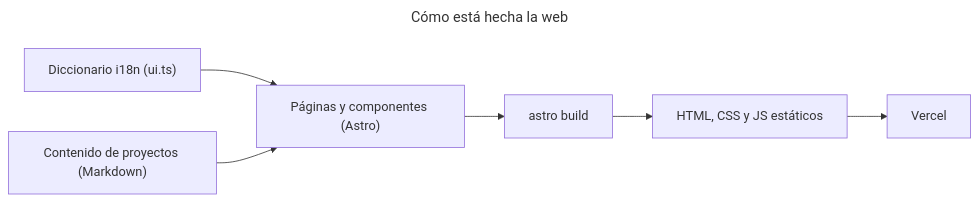
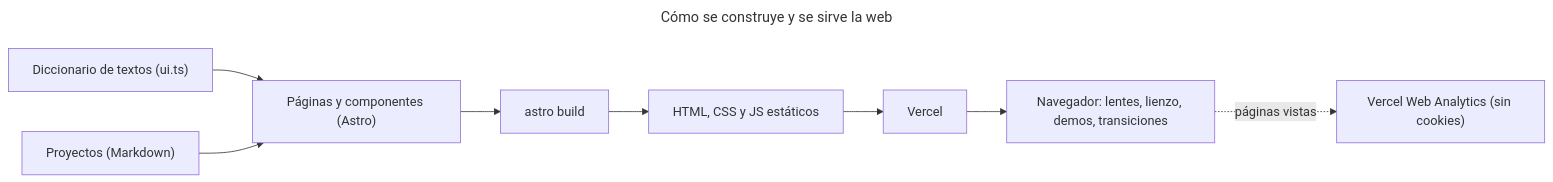
The diagram in README.es.md (christianoller8/astro-portfolio), drawn with Mermaid before and after one commit. The commit also changed other lines of this file and 13 other files, not shown here.

````diff
--- a/README.es.md
+++ b/README.es.md
@@ -44,15 +67,18 @@
 ```mermaid
 ---
-title: Cómo está hecha la web
+title: Cómo se construye y se sirve la web
 ---
 flowchart LR
-    copy["Diccionario i18n (ui.ts)"]
-    content["Contenido de proyectos (Markdown)"]
+    copy["Diccionario de textos (ui.ts)"]
+    content["Proyectos (Markdown)"]
     pages["Páginas y componentes (Astro)"]
     build["astro build"]
-    html["HTML, CSS y JS estáticos"]
-    cdn["Vercel"]
+    files["HTML, CSS y JS estáticos"]
+    vercel["Vercel"]
+    browser["Navegador: lentes, lienzo, demos, transiciones"]
+    analytics["Vercel Web Analytics (sin cookies)"]
     copy --> pages
     content --> pages
-    pages --> build --> html --> cdn
+    pages --> build --> files --> vercel --> browser
+    browser -.->|páginas vistas| analytics
 ```
````
